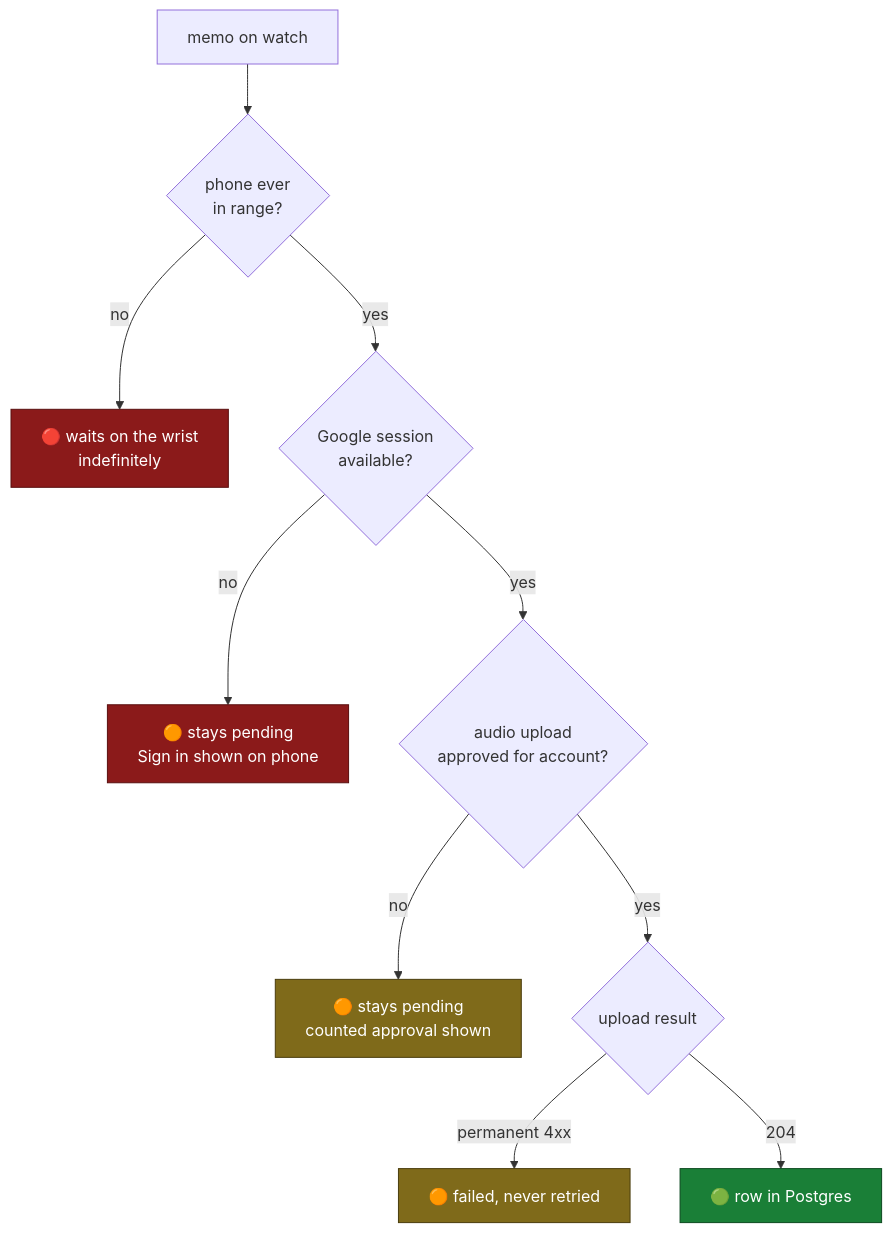
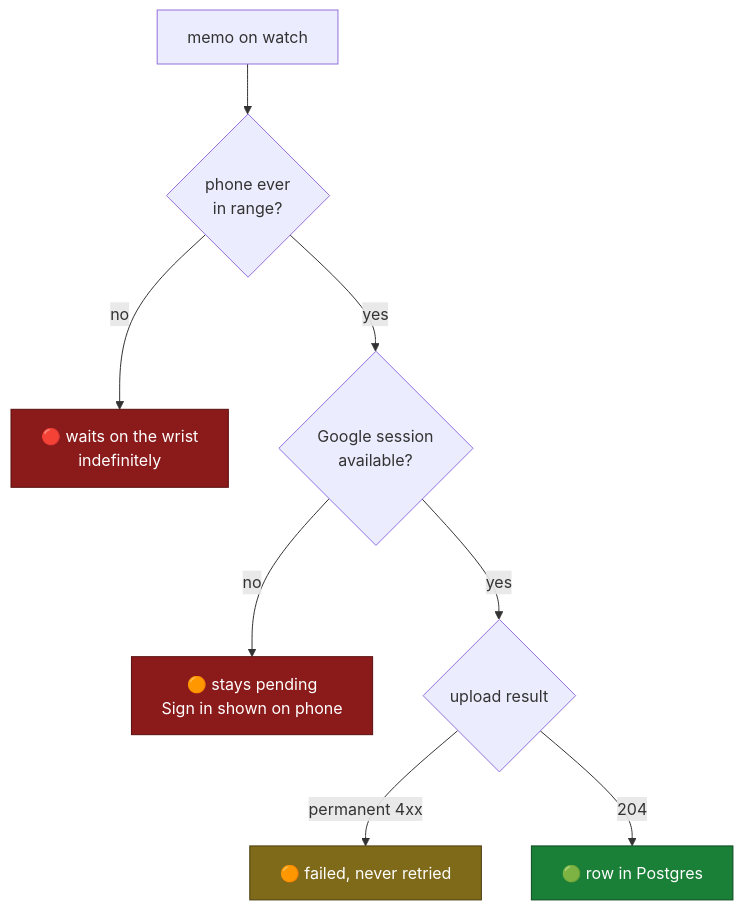
One commit to FrankLong1/watch-recorder changed the fourth of 4 diagrams in docs/architecture/1a_UPLOAD_PATHS.md. Above: the diagram before and after it, drawn with Mermaid. The commit also changed other lines of this file and 31 other files, not shown here.

````diff
--- a/docs/architecture/1a_UPLOAD_PATHS.md
+++ b/docs/architecture/1a_UPLOAD_PATHS.md
@@ -128,18 +134,15 @@
 ```mermaid
 flowchart TD
     M["memo on watch"] --> S1{"phone ever<br/>in range?"}
     S1 -->|"no"| K1["🔴 waits on the wrist<br/>indefinitely"]
     S1 -->|"yes"| S2{"Google session<br/>available?"}
     S2 -->|"no"| K2["🟠 stays pending<br/>Sign in shown on phone"]
-    S2 -->|"yes"| S2A{"audio upload<br/>approved for account?"}
-    S2A -->|"no"| K2A["🟠 stays pending<br/>counted approval shown"]
-    S2A -->|"yes"| S3{"upload result"}
+    S2 -->|"yes"| S3{"upload result"}
     S3 -->|"permanent 4xx"| K3["🟠 failed, never retried"]
     S3 -->|"204"| OK["🟢 row in Postgres"]
 
     style K1 fill:#8b1a1a,stroke:#5a0f0f,color:#fff
     style K2 fill:#8b1a1a,stroke:#5a0f0f,color:#fff
-    style K2A fill:#7f6a1a,stroke:#4a3d0d,color:#fff
     style K3 fill:#7f6a1a,stroke:#4a3d0d,color:#fff
     style OK fill:#1a7f37,stroke:#0d4a20,color:#fff
 ```
````
